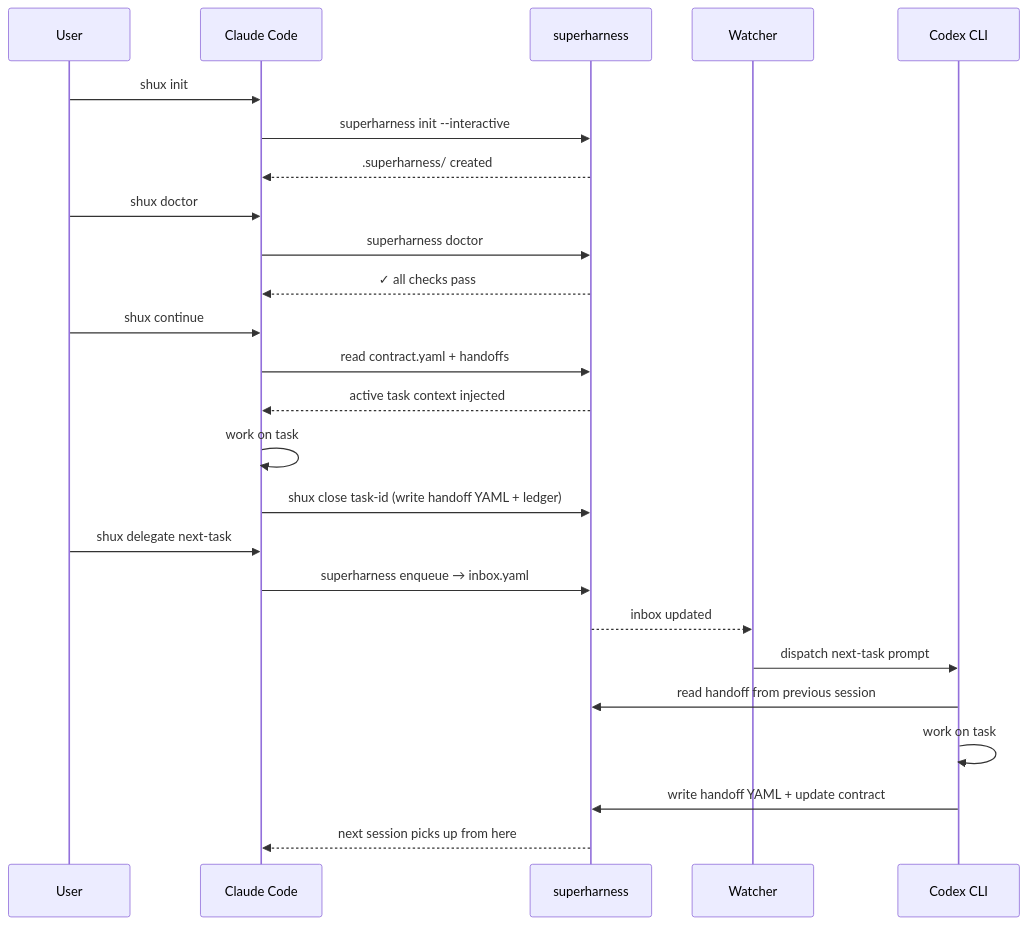
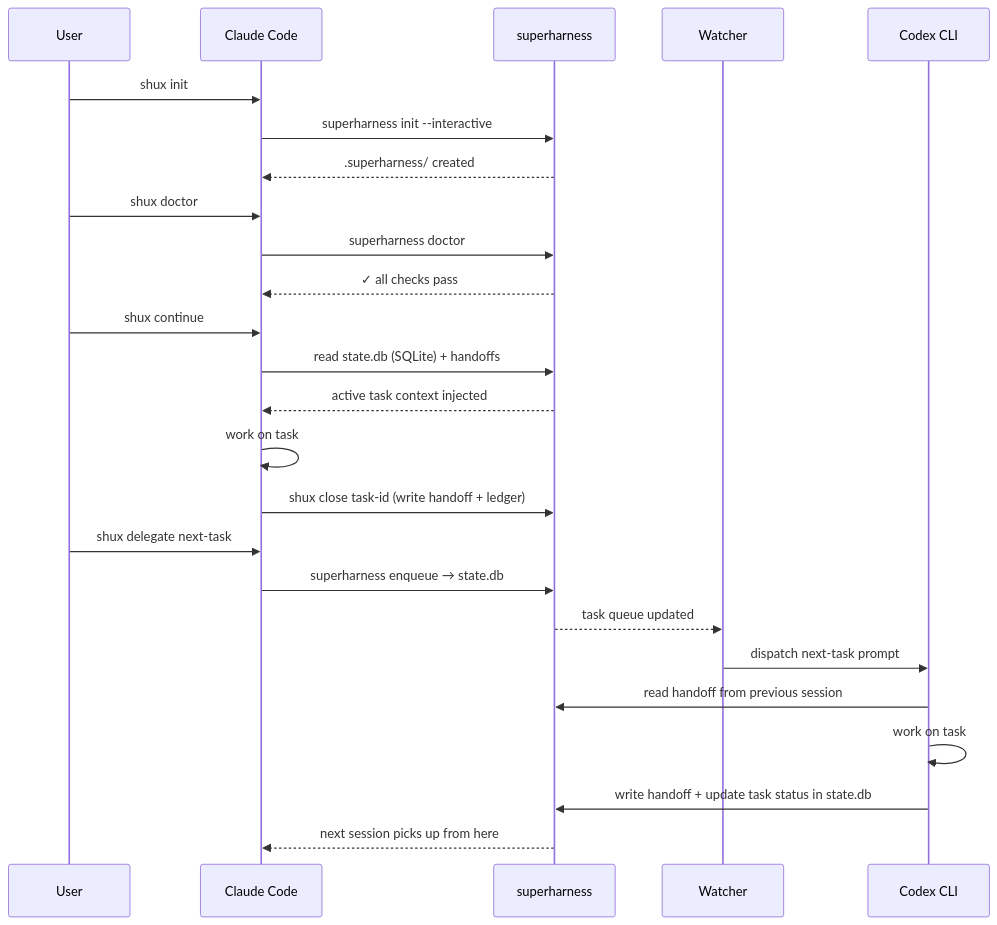
One commit to artificemachine/superharness changed the second of 2 diagrams in docs/GUIDE.md. Above: the diagram before and after it, drawn with Mermaid. The commit also changed other lines of this file and 5 other files, not shown here.

````diff
--- a/docs/GUIDE.md
+++ b/docs/GUIDE.md
@@ -71,31 +71,31 @@
 ```mermaid
 sequenceDiagram
     participant U as User
     participant CC as Claude Code
     participant SH as superharness
     participant W as Watcher
     participant CX as Codex CLI
 
     U->>CC: shux init
     CC->>SH: superharness init --interactive
     SH-->>CC: .superharness/ created
 
     U->>CC: shux doctor
     CC->>SH: superharness doctor
     SH-->>CC: ✓ all checks pass
 
     U->>CC: shux continue
-    CC->>SH: read contract.yaml + handoffs
+    CC->>SH: read state.db (SQLite) + handoffs
     SH-->>CC: active task context injected
     CC->>CC: work on task
-    CC->>SH: shux close task-id (write handoff YAML + ledger)
+    CC->>SH: shux close task-id (write handoff + ledger)
 
     U->>CC: shux delegate next-task
-    CC->>SH: superharness enqueue → inbox.yaml
-    SH-->>W: inbox updated
+    CC->>SH: superharness enqueue → state.db
+    SH-->>W: task queue updated
     W->>CX: dispatch next-task prompt
     CX->>SH: read handoff from previous session
     CX->>CX: work on task
-    CX->>SH: write handoff YAML + update contract
+    CX->>SH: write handoff + update task status in state.db
     SH-->>CC: next session picks up from here
 ```
````
